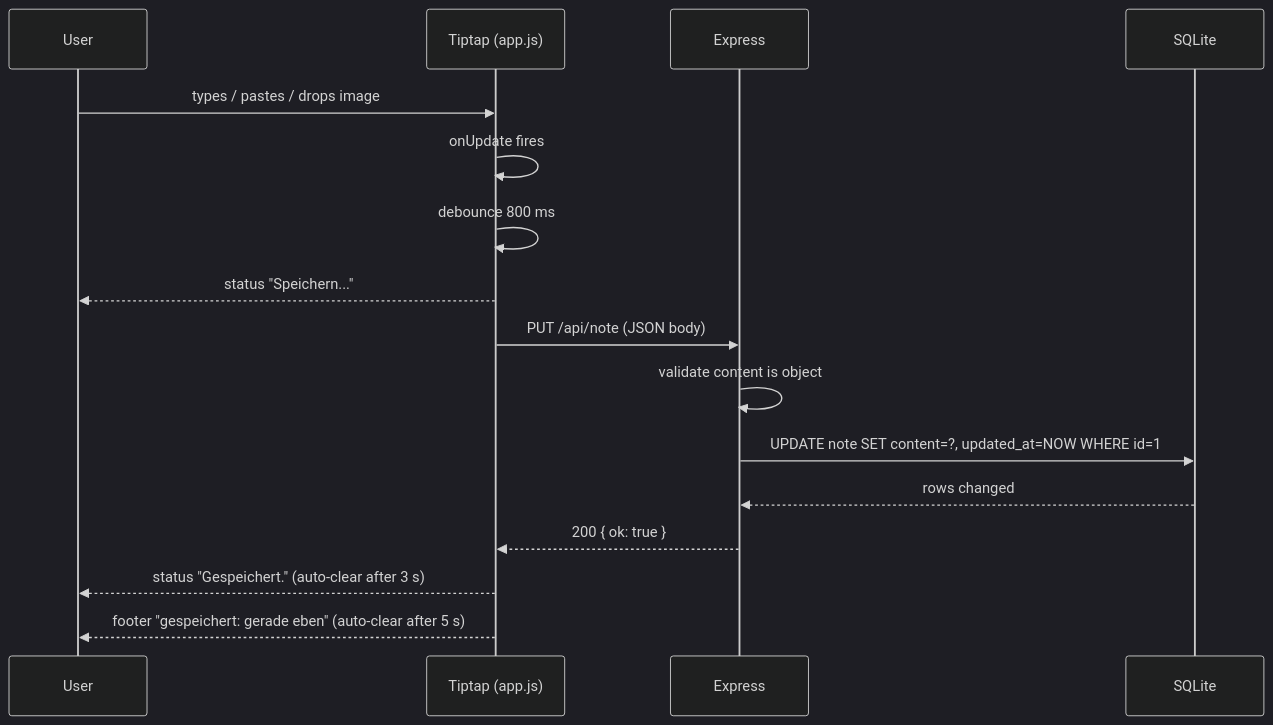
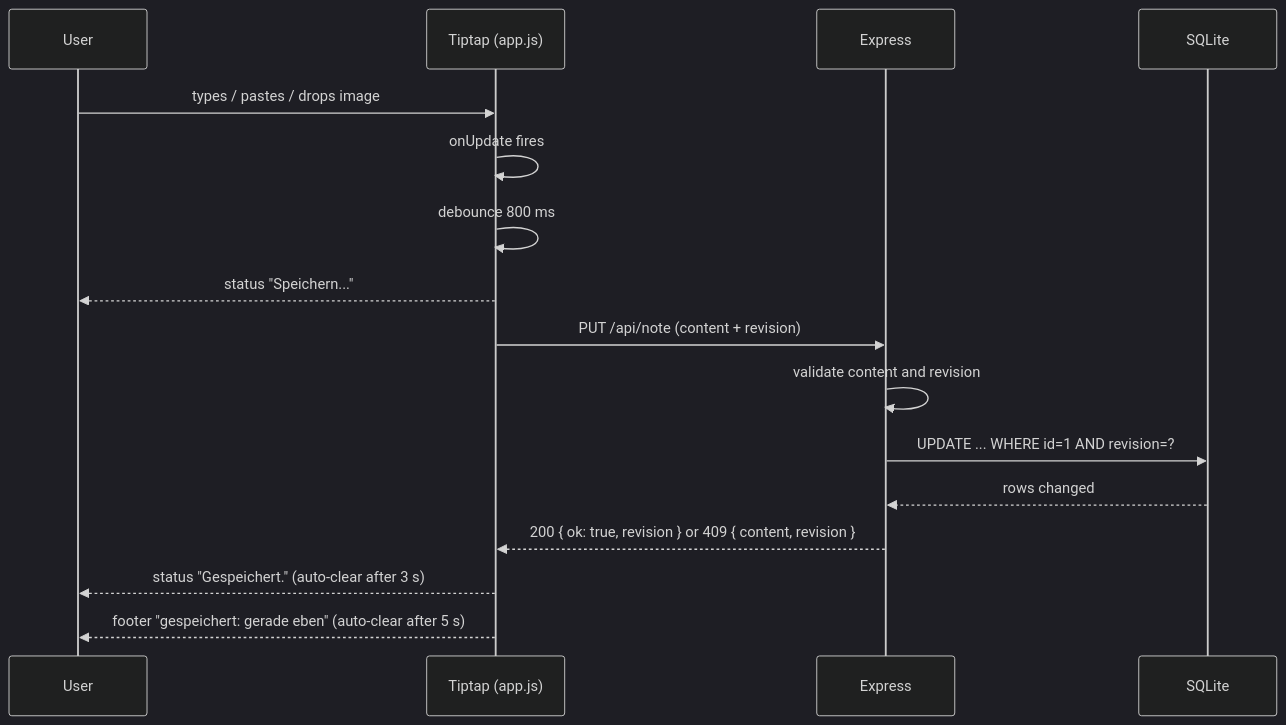
Before and after one commit to oliverbenduhn/Notiz-Benduhn: the third of 4 diagrams in docs/ARCHITECTURE.md, drawn with Mermaid (dark theme). The commit also changed other lines of this file and 12 other files, not shown here.

````diff
--- a/docs/ARCHITECTURE.md
+++ b/docs/ARCHITECTURE.md
@@ -184,19 +193,19 @@
 ```mermaid
 sequenceDiagram
   participant U as User
   participant E as Tiptap (app.js)
   participant API as Express
   participant DB as SQLite
 
   U->>E: types / pastes / drops image
   E->>E: onUpdate fires
   E->>E: debounce 800 ms
   E-->>U: status "Speichern..."
-  E->>API: PUT /api/note (JSON body)
-  API->>API: validate content is object
-  API->>DB: UPDATE note SET content=?, updated_at=NOW WHERE id=1
+  E->>API: PUT /api/note (content + revision)
+  API->>API: validate content and revision
+  API->>DB: UPDATE ... WHERE id=1 AND revision=?
   DB-->>API: rows changed
-  API-->>E: 200 { ok: true }
+  API-->>E: 200 { ok: true, revision } or 409 { content, revision }
   E-->>U: status "Gespeichert." (auto-clear after 3 s)
   E-->>U: footer "gespeichert: gerade eben" (auto-clear after 5 s)
 ```
````
